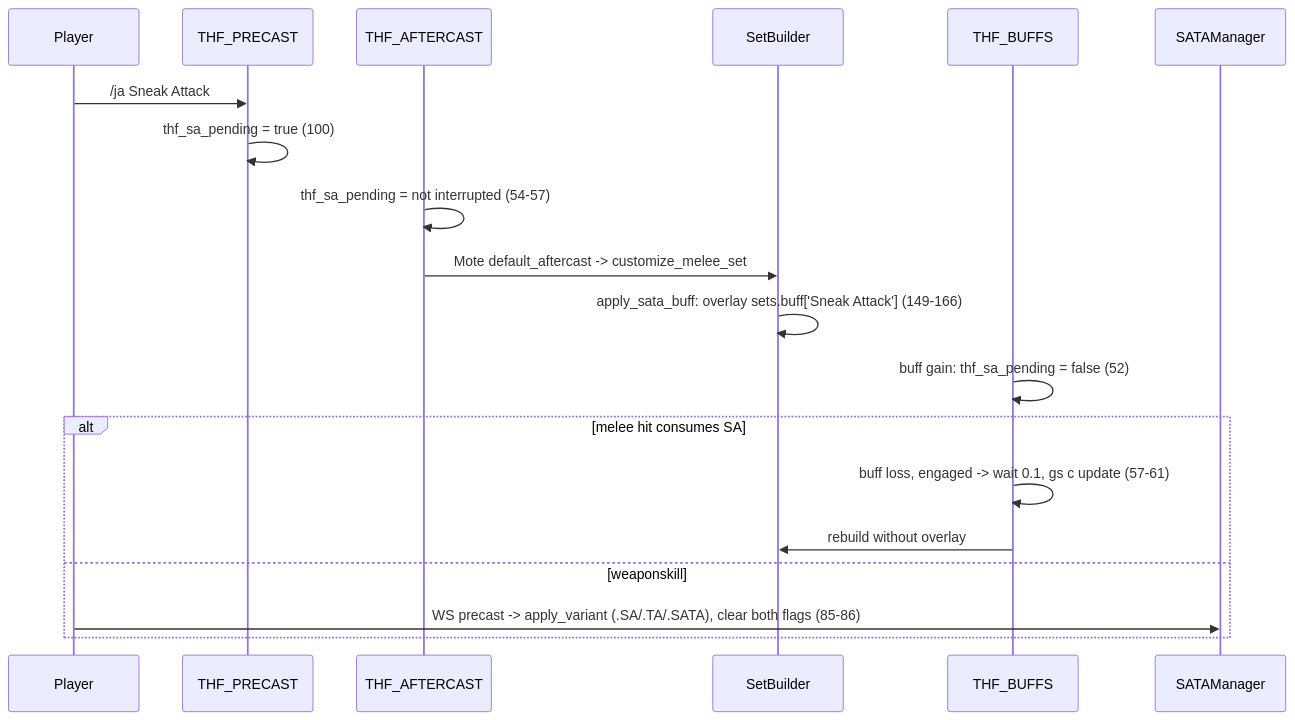
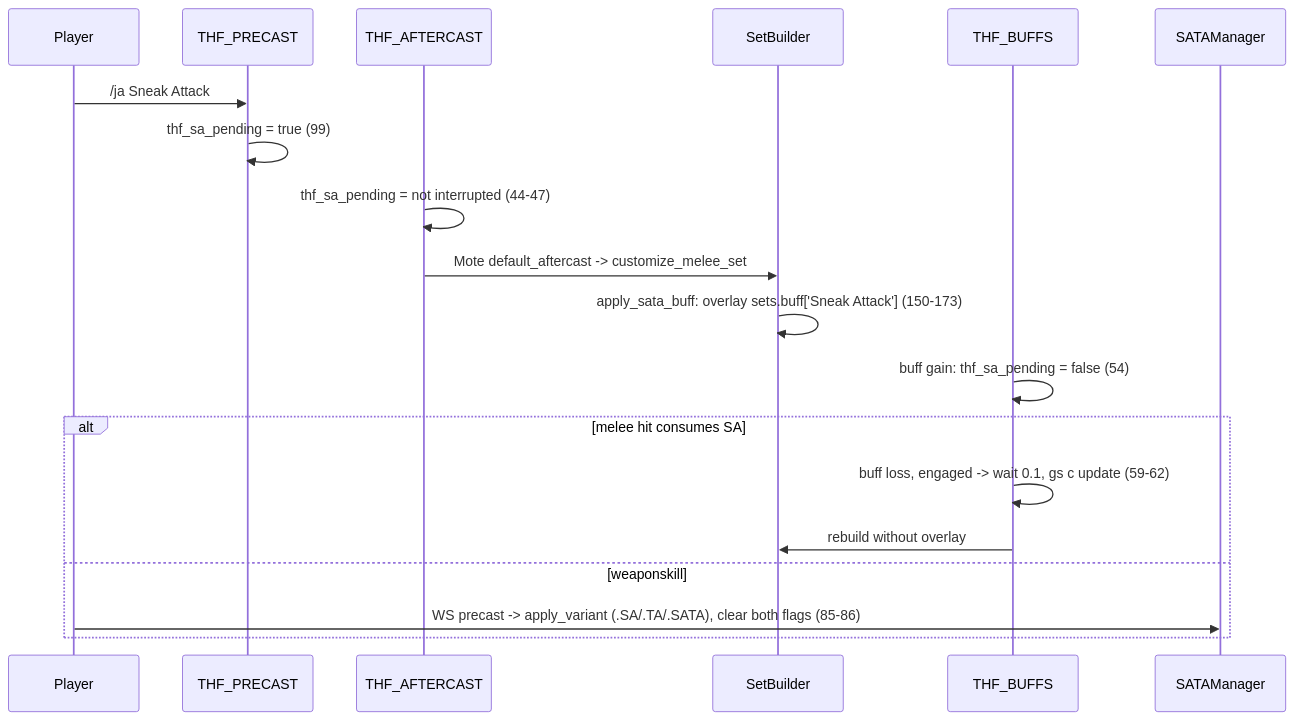
One commit to ejouanchicot/Gearswap changed the third of 3 diagrams in docs/dev/jobs/thf.md. Above: the diagram before and after it, drawn with Mermaid. The commit also changed other lines of this file and 81 other files, not shown here.

````diff
--- a/docs/dev/jobs/thf.md
+++ b/docs/dev/jobs/thf.md
@@ -180,21 +184,21 @@
 ```mermaid
 sequenceDiagram
     participant U as Player
     participant P as THF_PRECAST
     participant A as THF_AFTERCAST
     participant S as SetBuilder
     participant B as THF_BUFFS
     participant W as SATAManager
     U->>P: /ja Sneak Attack
-    P->>P: thf_sa_pending = true (100)
-    A->>A: thf_sa_pending = not interrupted (54-57)
+    P->>P: thf_sa_pending = true (99)
+    A->>A: thf_sa_pending = not interrupted (44-47)
     A->>S: Mote default_aftercast -> customize_melee_set
-    S->>S: apply_sata_buff: overlay sets.buff['Sneak Attack'] (149-166)
-    B->>B: buff gain: thf_sa_pending = false (52)
+    S->>S: apply_sata_buff: overlay sets.buff['Sneak Attack'] (150-173)
+    B->>B: buff gain: thf_sa_pending = false (54)
     alt melee hit consumes SA
-        B->>B: buff loss, engaged -> wait 0.1, gs c update (57-61)
+        B->>B: buff loss, engaged -> wait 0.1, gs c update (59-62)
         B->>S: rebuild without overlay
     else weaponskill
         U->>W: WS precast -> apply_variant (.SA/.TA/.SATA), clear both flags (85-86)
     end
 ```
````
